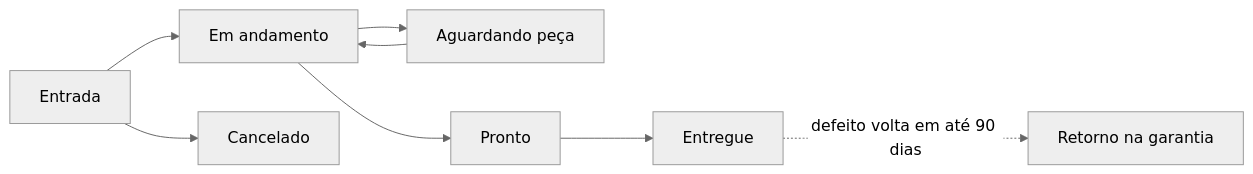
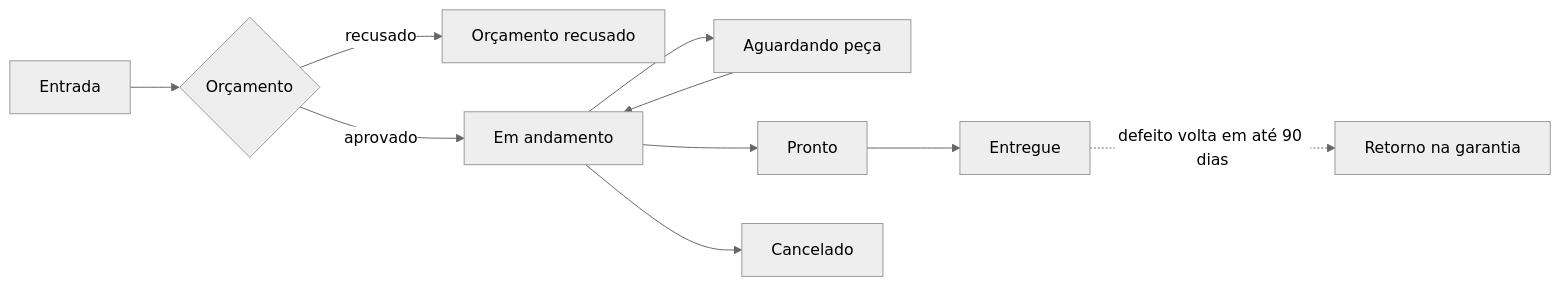
The second of 2 diagrams in README.md (cherlau/bootcamp-business-inteligence), drawn with Mermaid (neutral theme) before and after one commit. The commit also changed other lines of this file and 1 other file, not shown here.

````diff
--- a/README.md
+++ b/README.md
@@ -101,10 +101,12 @@
 ```mermaid
 flowchart LR
-    E[Entrada] --> R[Em andamento]
+    E[Entrada] --> O{Orçamento}
+    O -->|recusado| OR[Orçamento recusado]
+    O -->|aprovado| R[Em andamento]
     R --> P[Aguardando peça]
     P --> R
     R --> PR[Pronto]
     PR --> EN[Entregue]
-    E --> C[Cancelado]
+    R --> C[Cancelado]
     EN -.->|defeito volta em até 90 dias| G[Retorno na garantia]
 ```
````
